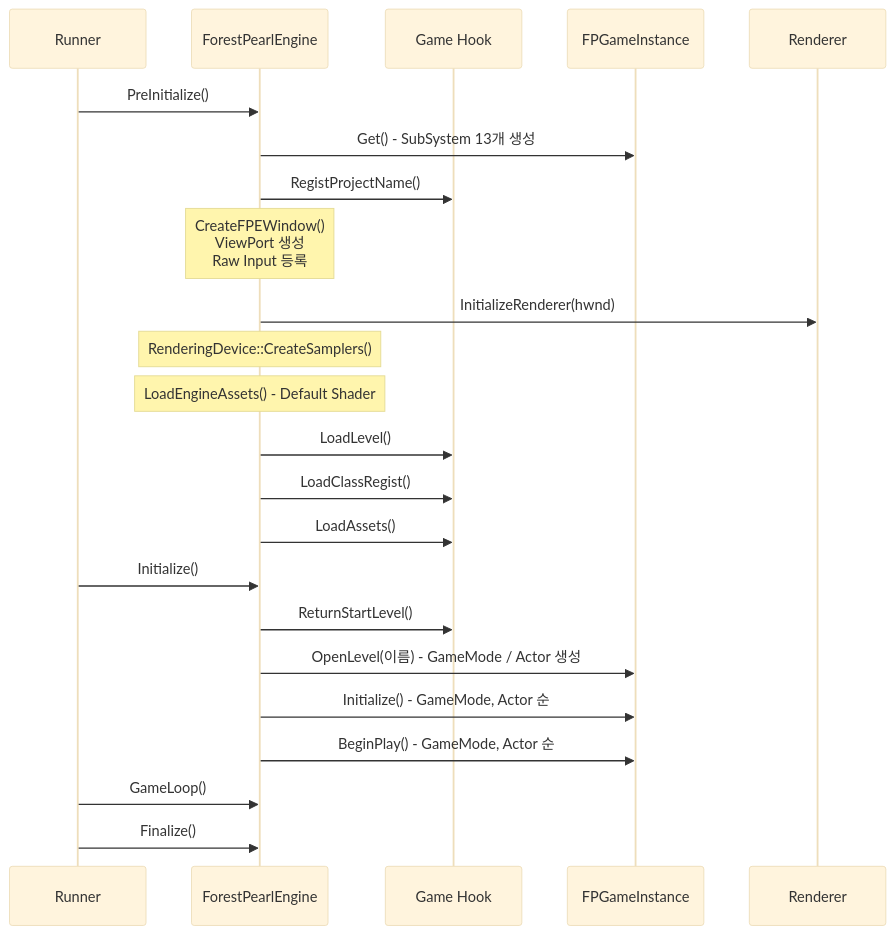
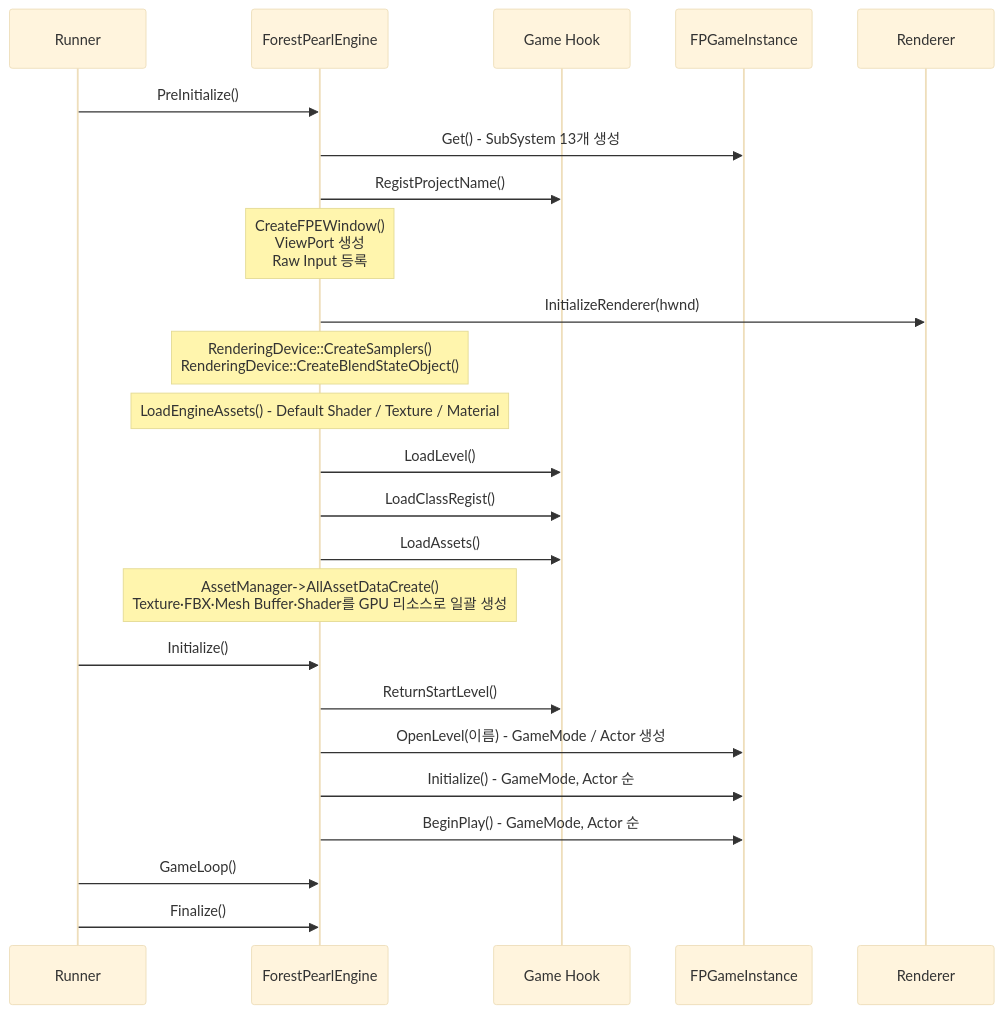
Before and after one commit to Gat-Young/ForestPearlEngine: the third of 15 diagrams in README.md, drawn with Mermaid (base theme). The commit also changed other lines of this file, not shown here.

````diff
--- a/README.md
+++ b/README.md
@@ -381,28 +392,29 @@
 ```mermaid
 sequenceDiagram
     participant Run as Runner
     participant Eng as ForestPearlEngine
     participant Game as Game Hook
     participant GI as FPGameInstance
     participant Ren as Renderer
 
     Run->>Eng: PreInitialize()
     Eng->>GI: Get() - SubSystem 13개 생성
     Eng->>Game: RegistProjectName()
     Note over Eng: CreateFPEWindow()<br/>ViewPort 생성<br/>Raw Input 등록
     Eng->>Ren: InitializeRenderer(hwnd)
-    Note over Eng: RenderingDevice::CreateSamplers()
-    Note over Eng: LoadEngineAssets() - Default Shader
+    Note over Eng: RenderingDevice::CreateSamplers()<br/>RenderingDevice::CreateBlendStateObject()
+    Note over Eng: LoadEngineAssets() - Default Shader / Texture / Material
     Eng->>Game: LoadLevel()
     Eng->>Game: LoadClassRegist()
     Eng->>Game: LoadAssets()
+    Note over Eng: AssetManager->AllAssetDataCreate()<br/>Texture·FBX·Mesh Buffer·Shader를 GPU 리소스로 일괄 생성
 
     Run->>Eng: Initialize()
     Eng->>Game: ReturnStartLevel()
     Eng->>GI: OpenLevel(이름) - GameMode / Actor 생성
     Eng->>GI: Initialize() - GameMode, Actor 순
     Eng->>GI: BeginPlay() - GameMode, Actor 순
 
     Run->>Eng: GameLoop()
     Run->>Eng: Finalize()
 ```
````
